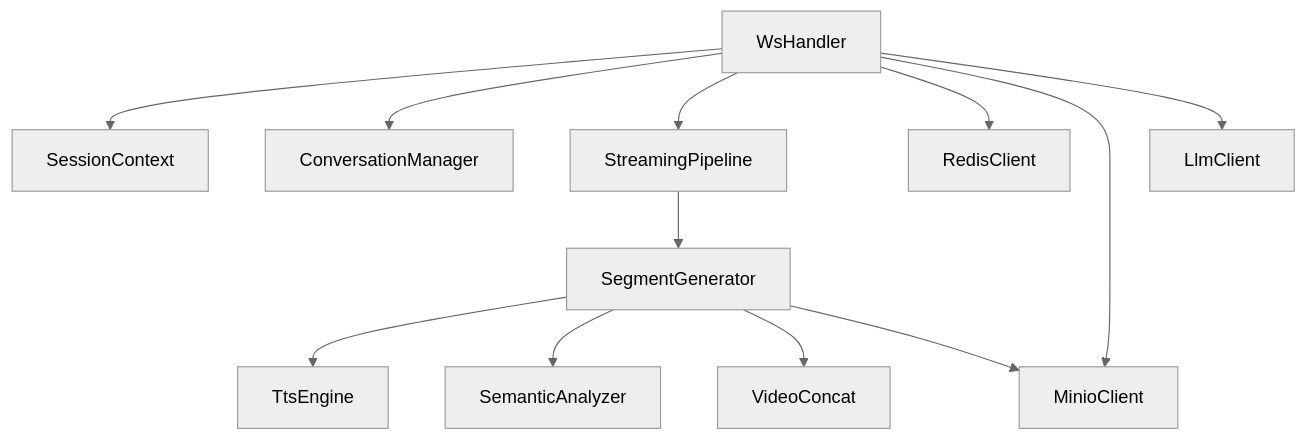
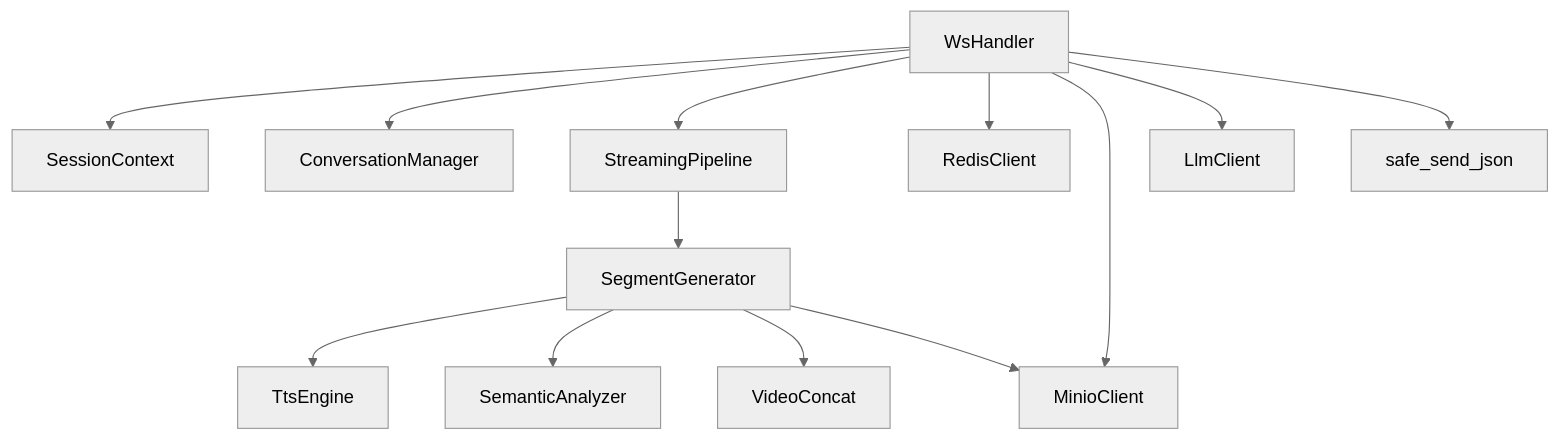
Before and after one commit to leo21cn/real-time-talk: the seventh of 7 diagrams in .qoder/repowiki/zh/content/后端服务/WebSocket 通信协议.md, drawn with Mermaid (neutral theme). The commit also changed other lines of this file and 3 other files, not shown here.

````diff
--- a/.qoder/repowiki/zh/content/后端服务/WebSocket 通信协议.md
+++ b/.qoder/repowiki/zh/content/后端服务/WebSocket 通信协议.md
@@ -458,14 +513,15 @@
 ```mermaid
 graph TB
 WSH["WsHandler"] --> SC["SessionContext"]
 WSH --> CM["ConversationManager"]
 WSH --> SP["StreamingPipeline"]
 WSH --> RC["RedisClient"]
 WSH --> MC["MinioClient"]
 WSH --> LC["LlmClient"]
 SP --> SG["SegmentGenerator"]
 SG --> TTSE["TtsEngine"]
 SG --> SA["SemanticAnalyzer"]
 SG --> VC["VideoConcat"]
 SG --> MC
+WSH --> SSJ["safe_send_json"]
 ```
````
